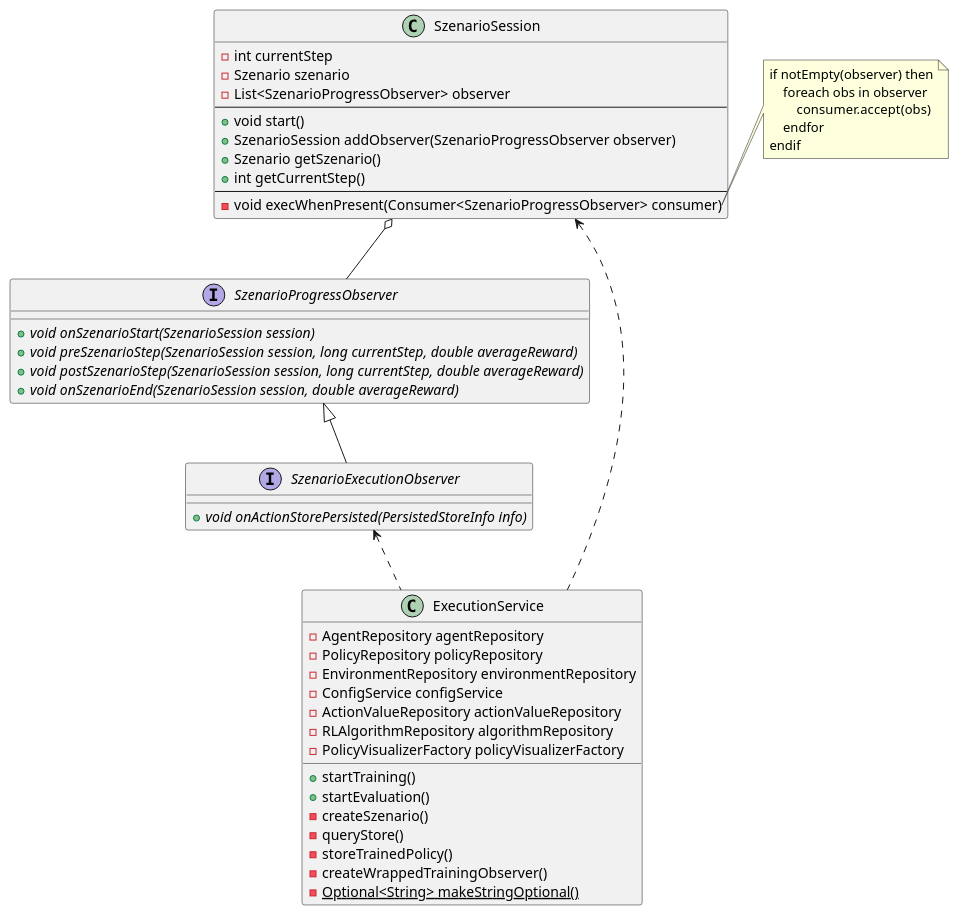
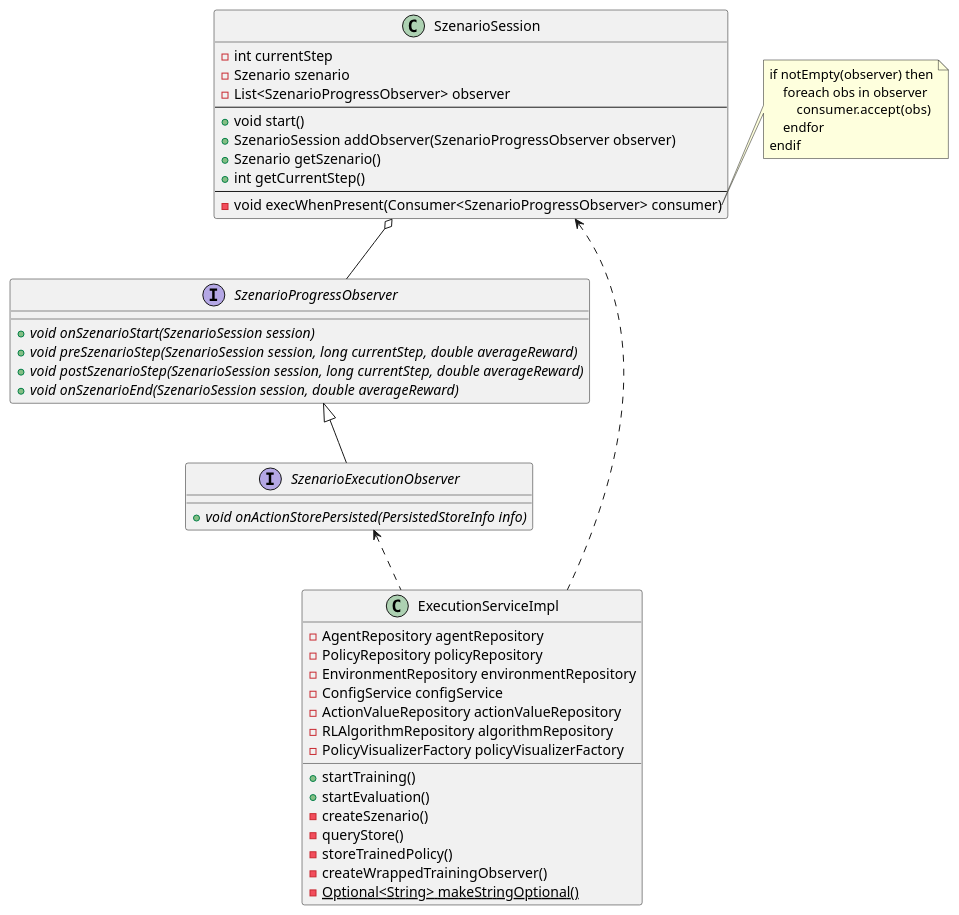
The diagram in uml/observerPattern.puml (jatsqi/ASE-Reinforcement-Learning), drawn with PlantUML before and after one commit. The commit also changed 1 other file, not shown here.

```diff
--- a/uml/observerPattern.puml
+++ b/uml/observerPattern.puml
@@ -1,64 +1,62 @@
 @startuml
 'https://plantuml.com/class-diagram
 
 interface SzenarioProgressObserver {
-
-+{abstract} void onSzenarioStart(SzenarioSession session)
-+{abstract} void preSzenarioStep(SzenarioSession session, long currentStep, double averageReward)
-+{abstract} void postSzenarioStep(SzenarioSession session, long currentStep, double averageReward)
-+{abstract} void onSzenarioEnd(SzenarioSession session, double averageReward)
-
+    +{abstract} void onSzenarioStart(SzenarioSession session)
+    +{abstract} void preSzenarioStep(SzenarioSession session, long currentStep, double averageReward)
+    +{abstract} void postSzenarioStep(SzenarioSession session, long currentStep, double averageReward)
+    +{abstract} void onSzenarioEnd(SzenarioSession session, double averageReward)
 }
 
 class SzenarioSession {
--int currentStep
--Szenario szenario
--List<SzenarioProgressObserver> observer
---
-+void start()
-+SzenarioSession addObserver(SzenarioProgressObserver observer)
-+Szenario getSzenario()
-+int getCurrentStep()
---
--void execWhenPresent(Consumer<SzenarioProgressObserver> consumer)
+    -int currentStep
+    -Szenario szenario
+    -List<SzenarioProgressObserver> observer
+    --
+    +void start()
+    +SzenarioSession addObserver(SzenarioProgressObserver observer)
+    +Szenario getSzenario()
+    +int getCurrentStep()
+    --
+    -void execWhenPresent(Consumer<SzenarioProgressObserver> consumer)
 }
 
 interface SzenarioExecutionObserver {
-+{abstract} void onActionStorePersisted(PersistedStoreInfo info)
+    +{abstract} void onActionStorePersisted(PersistedStoreInfo info)
 }
 
-class ExecutionService {
-- AgentRepository agentRepository
-- PolicyRepository policyRepository
-- EnvironmentRepository environmentRepository
-- ConfigService configService
-- ActionValueRepository actionValueRepository
-- RLAlgorithmRepository algorithmRepository
-- PolicyVisualizerFactory policyVisualizerFactory
+class ExecutionServiceImpl {
+    - AgentRepository agentRepository
+    - PolicyRepository policyRepository
+    - EnvironmentRepository environmentRepository
+    - ConfigService configService
+    - ActionValueRepository actionValueRepository
+    - RLAlgorithmRepository algorithmRepository
+    - PolicyVisualizerFactory policyVisualizerFactory
 
-+ startTraining()
-+ startEvaluation()
-- createSzenario()
-- queryStore()
-- storeTrainedPolicy()
-- createWrappedTrainingObserver()
-- {static} Optional<String> makeStringOptional()
+    + startTraining()
+    + startEvaluation()
+    - createSzenario()
+    - queryStore()
+    - storeTrainedPolicy()
+    - createWrappedTrainingObserver()
+    - {static} Optional<String> makeStringOptional()
 }
 
 note right of SzenarioSession::execWhenPresent
     if notEmpty(observer) then
         foreach obs in observer
             consumer.accept(obs)
         endfor
     endif
 end note
 
 'note right of ExecutionService::createWrappedTrainingObserver
 'end note
 
 SzenarioSession o-- SzenarioProgressObserver
 SzenarioProgressObserver <|-- SzenarioExecutionObserver
-SzenarioExecutionObserver <..ExecutionService
-SzenarioSession <.. ExecutionService
+SzenarioExecutionObserver <..ExecutionServiceImpl
+SzenarioSession <.. ExecutionServiceImpl
 
 @enduml
```
